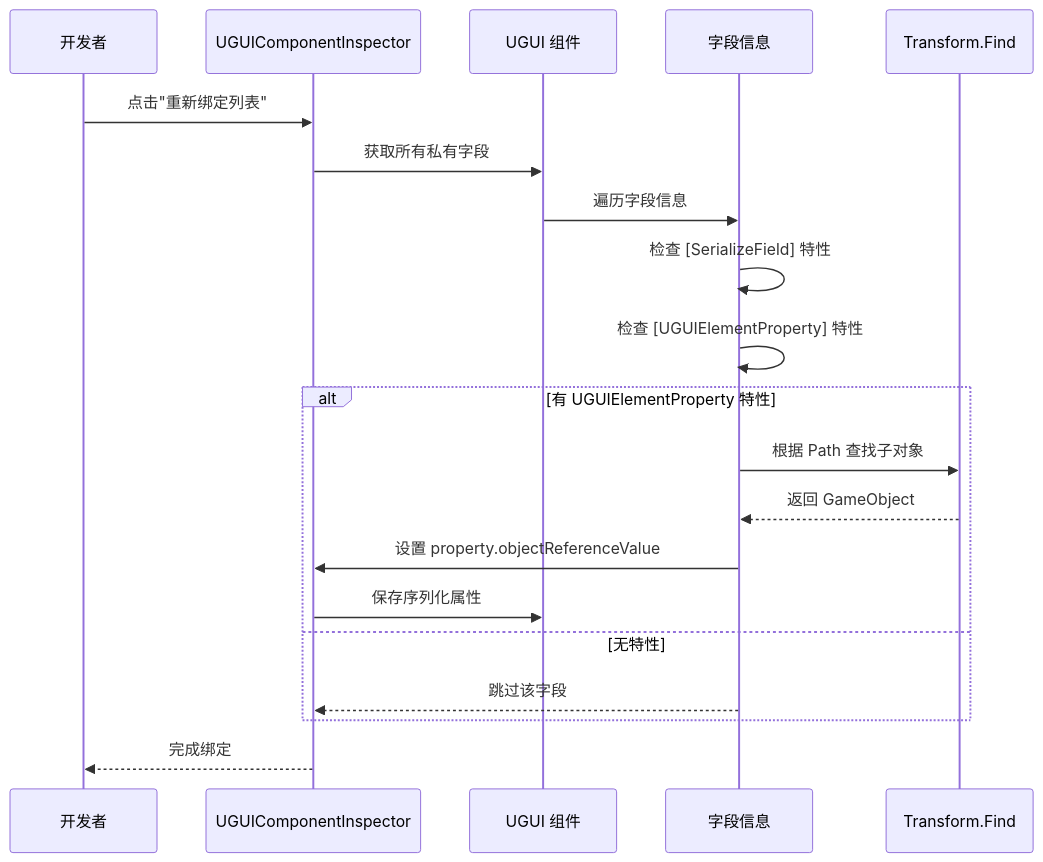
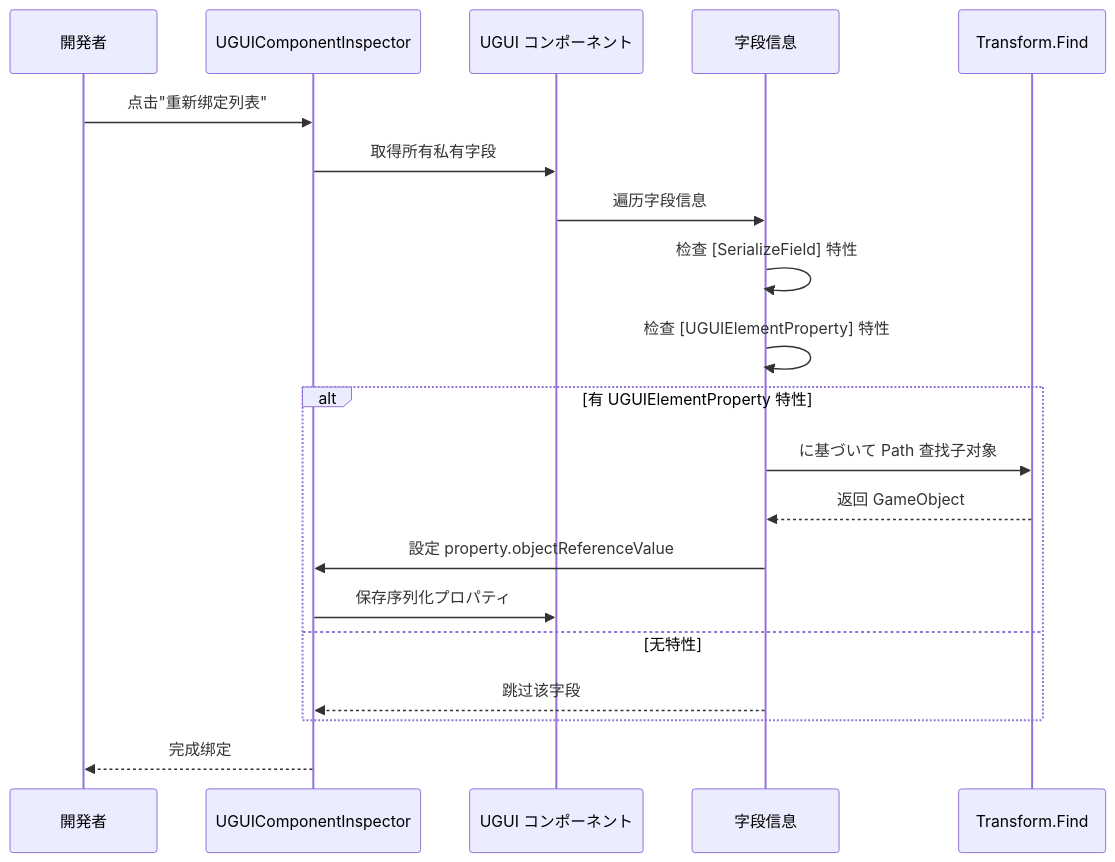
The second of 2 diagrams in docs/ja/client/unity/component/ui-ugui/11.inspector.md (AlianBlank/GameFrameX.Docs), drawn with Mermaid before and after one commit. The commit also changed other lines of this file and 603 other files, not shown here.

````diff
--- a/docs/ja/client/unity/component/ui-ugui/11.inspector.md
+++ b/docs/ja/client/unity/component/ui-ugui/11.inspector.md
@@ -125,25 +125,25 @@
 ```mermaid
 sequenceDiagram
-    participant User as 开发者
+    participant User as 開発者
     participant Inspector as UGUIComponentInspector
-    participant UGUI as UGUI 组件
+    participant UGUI as UGUI コンポーネント
     participant Fields as 字段信息
     participant Transform as Transform.Find
 
     User->>Inspector: 点击"重新绑定列表"
-    Inspector->>UGUI: 获取所有私有字段
+    Inspector->>UGUI: 取得所有私有字段
     UGUI->>Fields: 遍历字段信息
     Fields->>Fields: 检查 [SerializeField] 特性
     Fields->>Fields: 检查 [UGUIElementProperty] 特性
     
     alt 有 UGUIElementProperty 特性
-        Fields->>Transform: 根据 Path 查找子对象
+        Fields->>Transform: に基づいて Path 查找子对象
         Transform-->>Fields: 返回 GameObject
-        Fields->>Inspector: 设置 property.objectReferenceValue
-        Inspector->>UGUI: 保存序列化属性
+        Fields->>Inspector: 設定 property.objectReferenceValue
+        Inspector->>UGUI: 保存序列化プロパティ
     else 无特性
         Fields-->>Inspector: 跳过该字段
     end
     
     Inspector-->>User: 完成绑定
 ```
````
